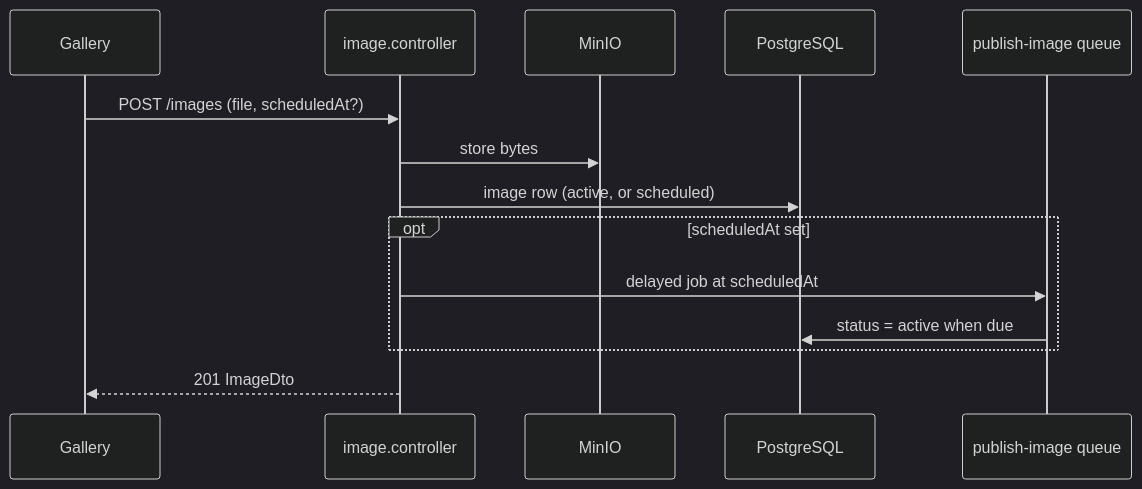
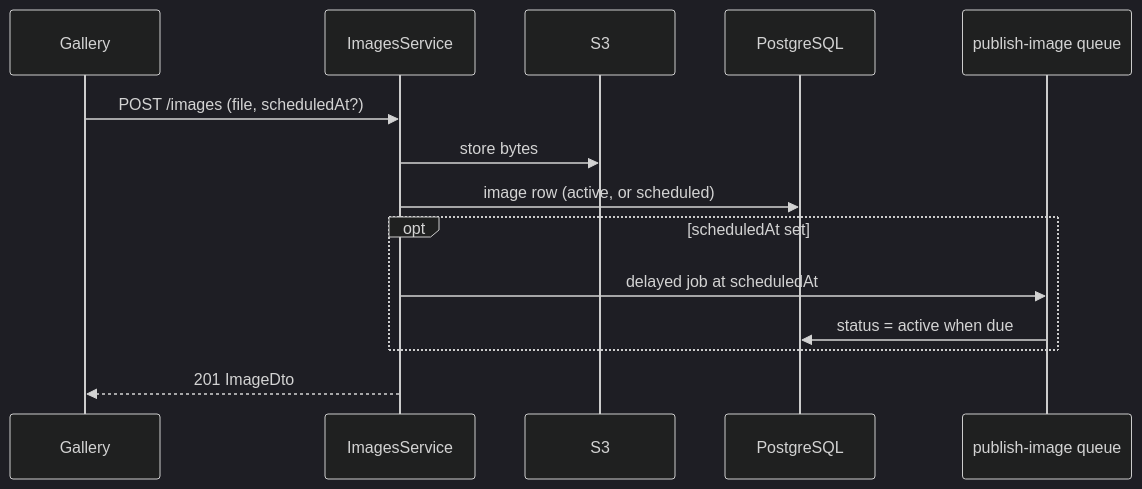
Before and after one commit to Basit787/my-app: the diagram in docs/image-upload/backend/flow.md, drawn with Mermaid (dark theme). The commit also changed other lines of this file and 243 other files, not shown here.

````diff
--- a/docs/image-upload/backend/flow.md
+++ b/docs/image-upload/backend/flow.md
@@ -5,16 +5,16 @@
 ```mermaid
 sequenceDiagram
     participant UI as Gallery
-    participant C as image.controller
-    participant M as MinIO
+    participant C as ImagesService
+    participant M as S3
     participant DB as PostgreSQL
     participant Q as publish-image queue
     UI->>C: POST /images (file, scheduledAt?)
     C->>M: store bytes
     C->>DB: image row (active, or scheduled)
     opt scheduledAt set
         C->>Q: delayed job at scheduledAt
         Q->>DB: status = active when due
     end
     C-->>UI: 201 ImageDto
 ```
````
